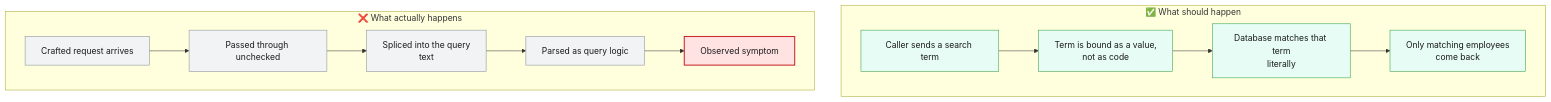
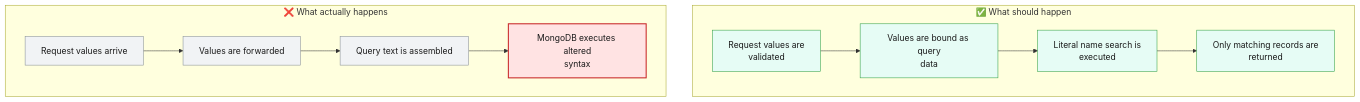
One commit to Udaradg/sample-java-project changed the first of 3 diagrams in docs/agent_output/02-root-cause/root_cause_ISSUE-003.md. Above: the diagram before and after it, drawn with Mermaid. The commit also changed other lines of this file and 52 other files, not shown here.

````diff
--- a/docs/agent_output/02-root-cause/root_cause_ISSUE-003.md
+++ b/docs/agent_output/02-root-cause/root_cause_ISSUE-003.md
@@ -66,29 +50,27 @@
 ```mermaid
 flowchart TB
   classDef broken fill:#ffe3e3,stroke:#c92a2a,stroke-width:2px,color:#1a1a1a
   classDef warn fill:#fff3bf,stroke:#e8590c,stroke-width:2px,color:#1a1a1a
   classDef ok fill:#e6fcf5,stroke:#2f9e44,stroke-width:1px,color:#1a1a1a
   classDef neutral fill:#f1f3f5,stroke:#868e96,stroke-width:1px,color:#1a1a1a
   subgraph EXPECTED["✅ What should happen"]
     direction LR
-    E0["Caller sends a search term"]:::ok
-    E1["Term is bound as a value,<br/>not as code"]:::ok
+    E0["Request values are<br/>validated"]:::ok
+    E1["Values are bound as query<br/>data"]:::ok
     E0 --> E1
-    E2["Database matches that term<br/>literally"]:::ok
+    E2["Literal name search is<br/>executed"]:::ok
     E1 --> E2
-    E3["Only matching employees<br/>come back"]:::ok
+    E3["Only matching records are<br/>returned"]:::ok
     E2 --> E3
   end
   subgraph ACTUAL["❌ What actually happens"]
     direction LR
-    A0["Crafted request arrives"]:::neutral
-    A1["Passed through unchecked"]:::neutral
+    A0["Request values arrive"]:::neutral
+    A1["Values are forwarded"]:::neutral
     A0 --> A1
-    A2["Spliced into the query<br/>text"]:::neutral
+    A2["Query text is assembled"]:::neutral
     A1 --> A2
-    A3["Parsed as query logic"]:::neutral
+    A3["MongoDB executes altered<br/>syntax"]:::broken
     A2 --> A3
-    A4["Observed symptom"]:::broken
-    A3 --> A4
   end
 ```
````
